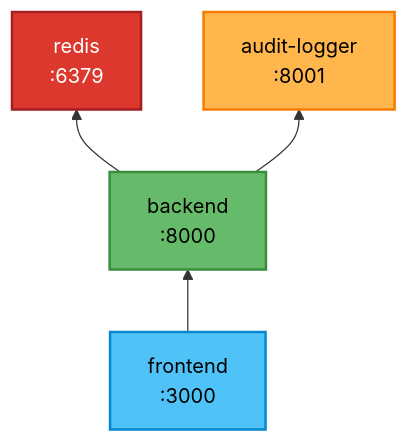
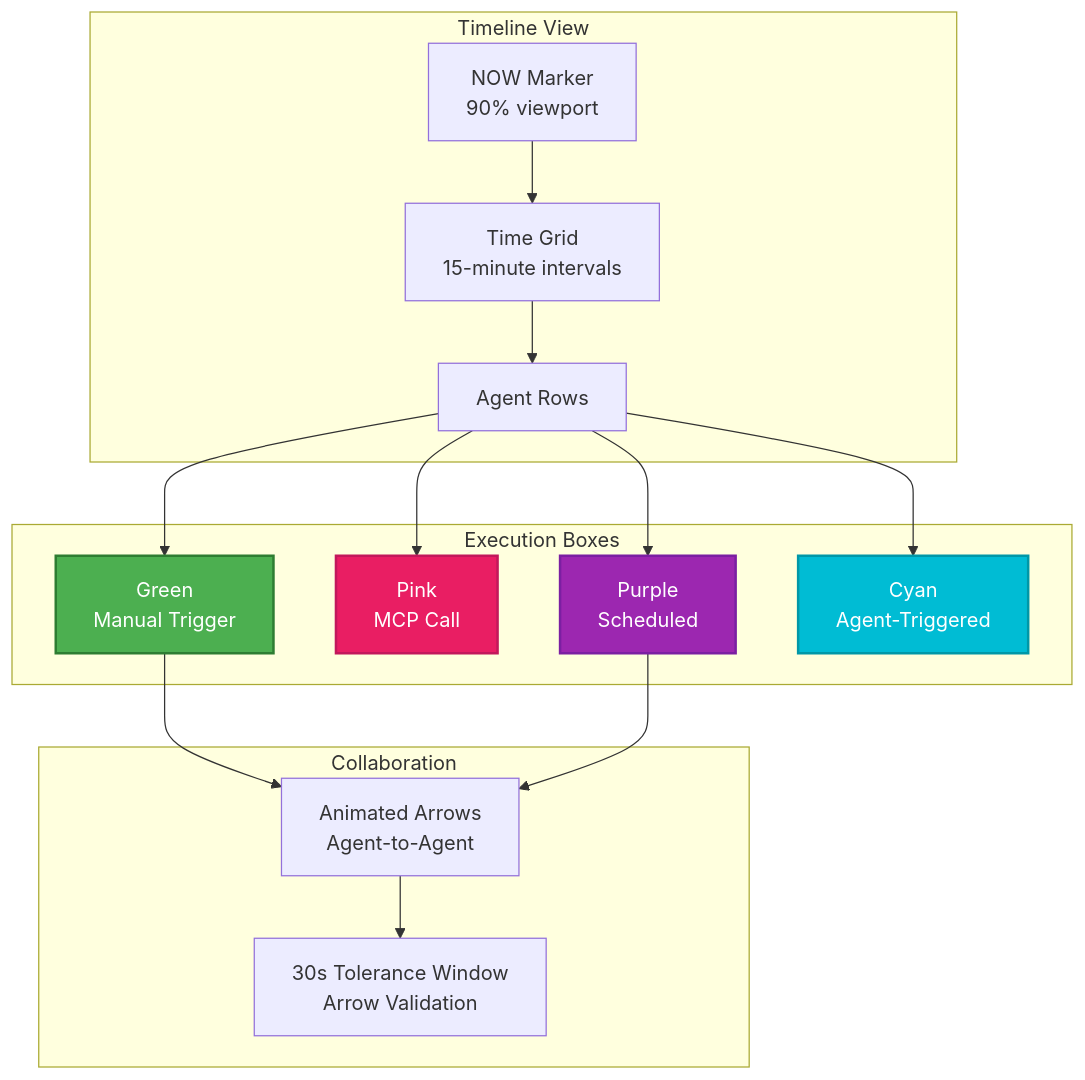
One commit to webmixgamer/trinity changed diagram 14 of 15 in docs/trinity-architecture-diagrams.md. Above: the diagram before and after it, drawn with Mermaid. The commit also changed other lines of this file and 83 other files, not shown here.

````diff
--- a/docs/trinity-architecture-diagrams.md
+++ b/docs/trinity-architecture-diagrams.md
@@ -401,16 +534,37 @@
 ```mermaid
-graph BT
-    FRONT[frontend<br/>:3000]
-    BACK[backend<br/>:8000]
-    REDIS[redis<br/>:6379]
-    AUDIT[audit-logger<br/>:8001]
+graph TB
+    subgraph "Timeline View"
+        GRID[Time Grid<br/>15-minute intervals]
+        NOW[NOW Marker<br/>90% viewport]
+        ROWS[Agent Rows]
+    end
 
-    FRONT --> BACK
-    BACK --> REDIS
-    BACK --> AUDIT
+    subgraph "Execution Boxes"
+        GREEN[Green<br/>Manual Trigger]
+        PINK[Pink<br/>MCP Call]
+        PURPLE[Purple<br/>Scheduled]
+        CYAN[Cyan<br/>Agent-Triggered]
+    end
 
-    style FRONT fill:#4FC3F7,stroke:#0288D1,stroke-width:2px,color:#000
-    style BACK fill:#66BB6A,stroke:#388E3C,stroke-width:2px,color:#000
-    style REDIS fill:#DC382D,stroke:#A41E22,stroke-width:2px,color:#fff
-    style AUDIT fill:#FFB74D,stroke:#F57C00,stroke-width:2px,color:#000
+    subgraph "Collaboration"
+        ARROWS[Animated Arrows<br/>Agent-to-Agent]
+        VALID[30s Tolerance Window<br/>Arrow Validation]
+    end
+
+    GRID --> ROWS
+    NOW --> GRID
+
+    ROWS --> GREEN
+    ROWS --> PINK
+    ROWS --> PURPLE
+    ROWS --> CYAN
+
+    GREEN --> ARROWS
+    PURPLE --> ARROWS
+    ARROWS --> VALID
+
+    style GREEN fill:#4CAF50,stroke:#2E7D32,stroke-width:2px,color:#fff
+    style PINK fill:#E91E63,stroke:#C2185B,stroke-width:2px,color:#fff
+    style PURPLE fill:#9C27B0,stroke:#7B1FA2,stroke-width:2px,color:#fff
+    style CYAN fill:#00BCD4,stroke:#0097A7,stroke-width:2px,color:#fff
 ```
````
